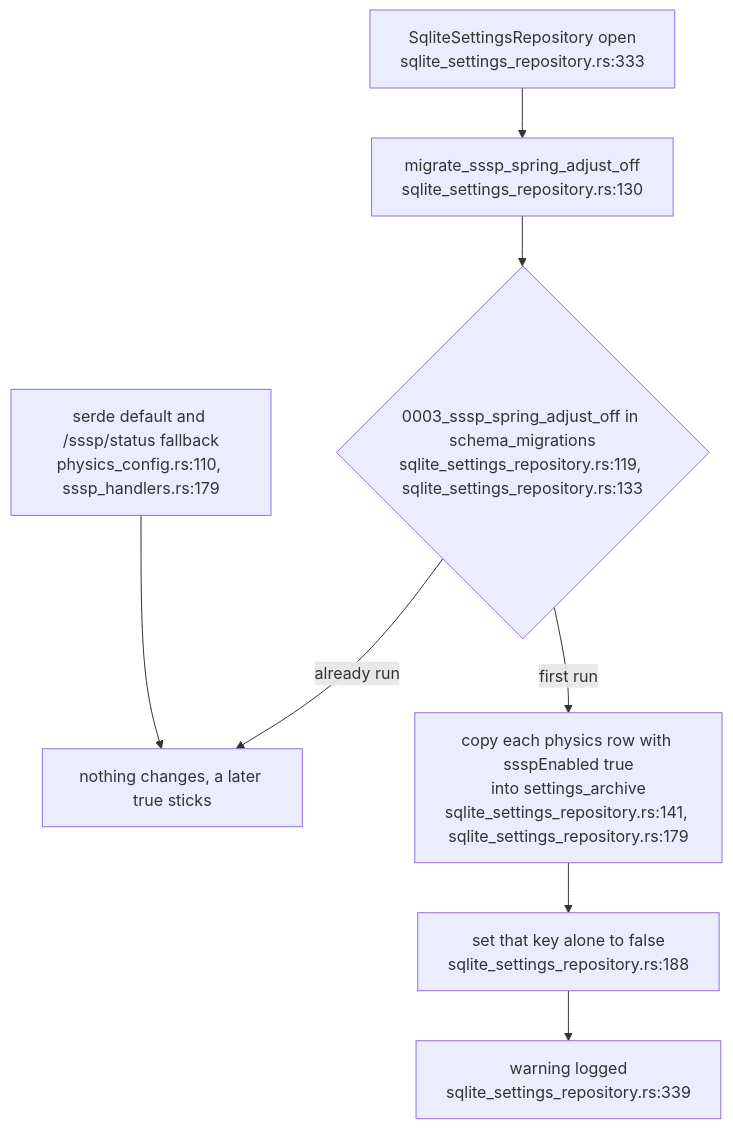
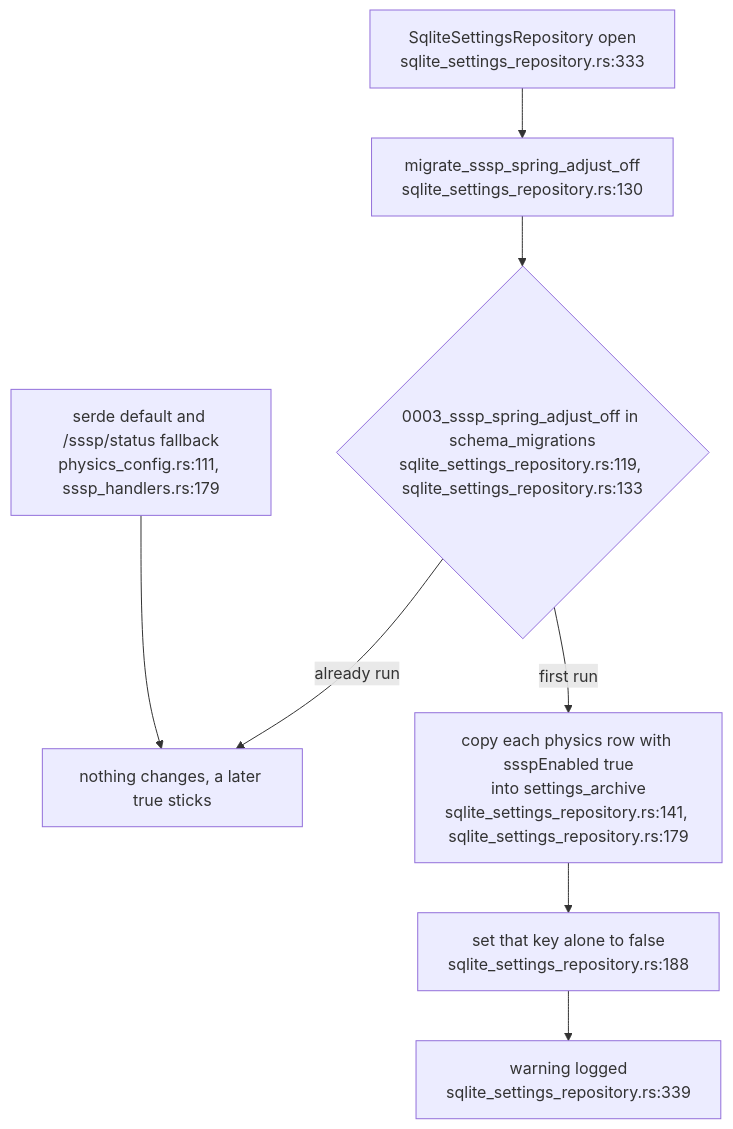
Before and after one commit to DreamLab-AI/VisionFlow: the fourth of 5 diagrams in docs/diagrams/visionclaw/60-gpu-buffer-lifecycle-and-kernel-harness.md, drawn with Mermaid. The commit also changed other lines of this file and 2 other files, not shown here.

First line of the commit message:
diagrams(visionclaw): re-verify VC-59, VC-60, VC-61 at visionclaw 4900ec60b

````diff
--- a/docs/diagrams/visionclaw/60-gpu-buffer-lifecycle-and-kernel-harness.md
+++ b/docs/diagrams/visionclaw/60-gpu-buffer-lifecycle-and-kernel-harness.md
@@ -93,10 +93,10 @@
 ```mermaid
 flowchart TB
     OPEN["SqliteSettingsRepository open<br/>sqlite_settings_repository.rs:333"] --> MIG["migrate_sssp_spring_adjust_off<br/>sqlite_settings_repository.rs:130"]
     MIG --> DONE{"0003_sssp_spring_adjust_off in schema_migrations<br/>sqlite_settings_repository.rs:119, sqlite_settings_repository.rs:133"}
     DONE -->|"already run"| SKIP["nothing changes, a later true sticks"]
     DONE -->|"first run"| ARCH["copy each physics row with ssspEnabled true<br/>into settings_archive<br/>sqlite_settings_repository.rs:141, sqlite_settings_repository.rs:179"]
     ARCH --> SET["set that key alone to false<br/>sqlite_settings_repository.rs:188"]
     SET --> WARN["warning logged<br/>sqlite_settings_repository.rs:339"]
-    DEF["serde default and /sssp/status fallback<br/>physics_config.rs:110, sssp_handlers.rs:179"] --> SKIP
+    DEF["serde default and /sssp/status fallback<br/>physics_config.rs:111, sssp_handlers.rs:179"] --> SKIP
 ```
````
